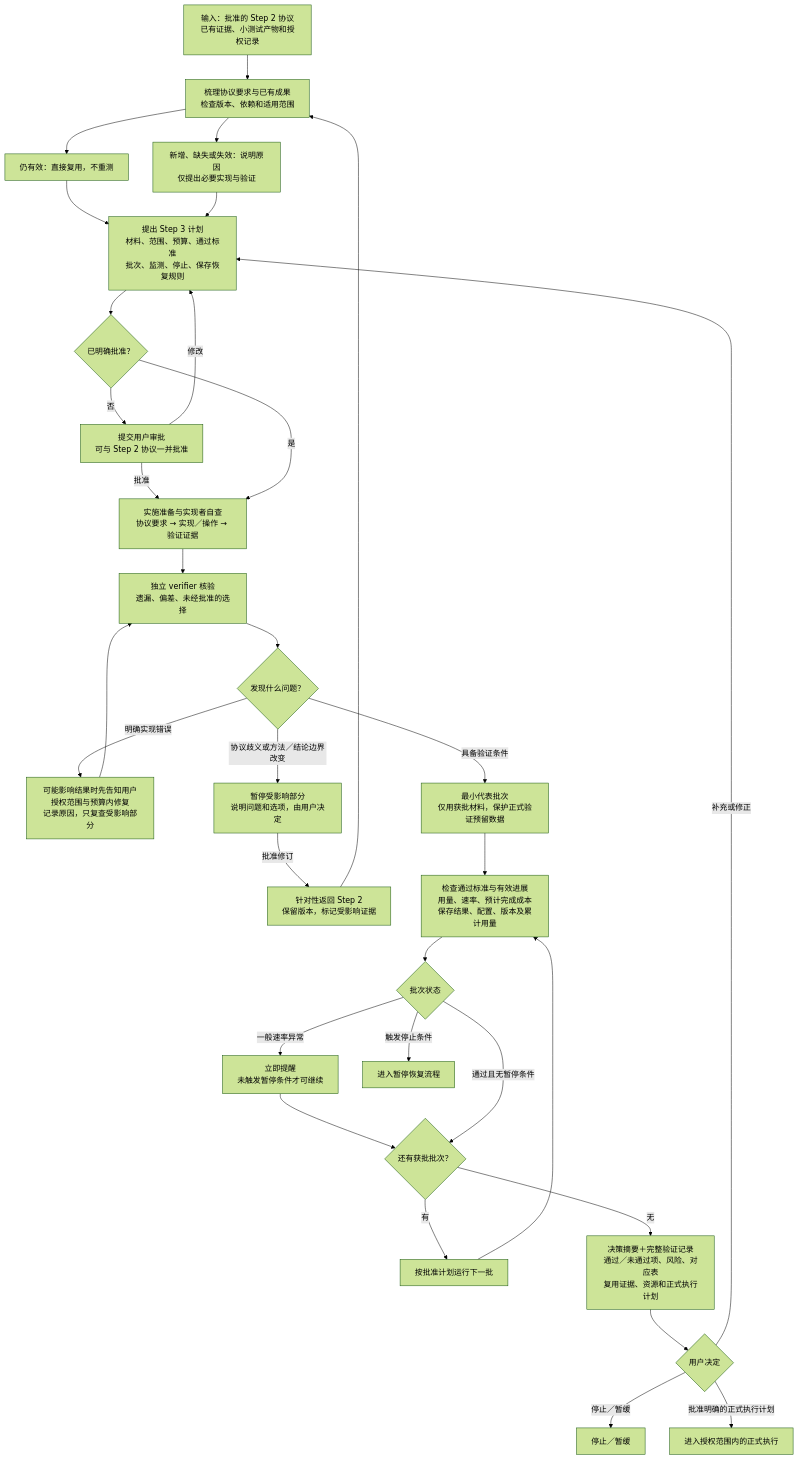
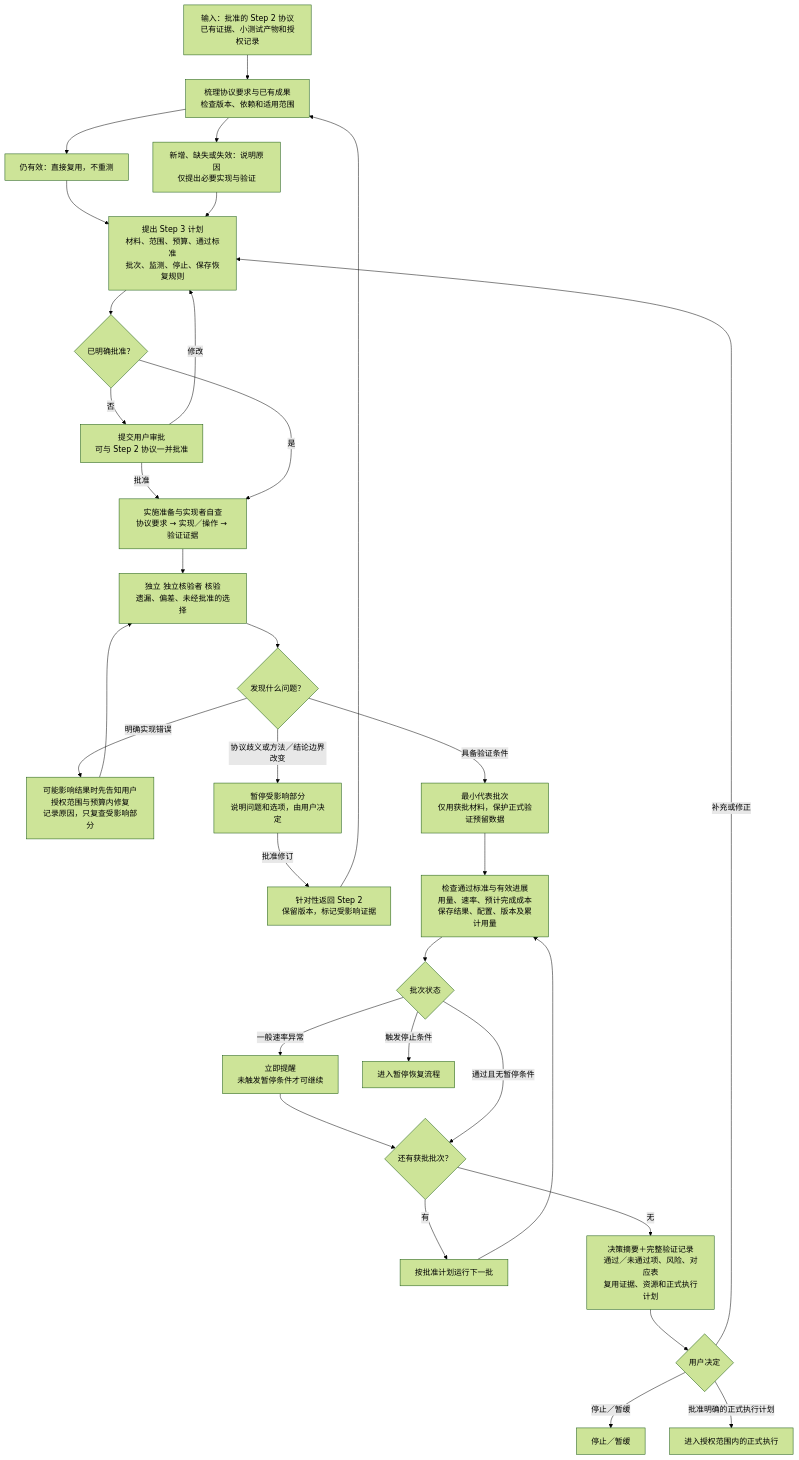
The first of 2 diagrams in docs/step-3.md (reinafeng2006/research-workflow), drawn with Mermaid (forest theme) before and after one commit. The commit also changed other lines of this file and 45 other files, not shown here.

````diff
--- a/docs/step-3.md
+++ b/docs/step-3.md
@@ -19,34 +19,34 @@
 ```mermaid
 flowchart TD
     IN["输入：批准的 Step 2 协议<br/>已有证据、小测试产物和授权记录"] --> MAP
     MAP["梳理协议要求与已有成果<br/>检查版本、依赖和适用范围"] --> REUSE["仍有效：直接复用，不重测"]
     MAP --> GAP["新增、缺失或失效：说明原因<br/>仅提出必要实现与验证"]
     REUSE --> PLAN
     GAP --> PLAN
     PLAN["提出 Step 3 计划<br/>材料、范围、预算、通过标准<br/>批次、监测、停止、保存恢复规则"] --> AUTH{"已明确批准？"}
     AUTH -->|否| HUMAN["提交用户审批<br/>可与 Step 2 协议一并批准"]
     HUMAN -->|修改| PLAN
     HUMAN -->|批准| BUILD
     AUTH -->|是| BUILD
-    BUILD["实施准备与实现者自查<br/>协议要求 → 实现／操作 → 验证证据"] --> VERIFY["独立 verifier 核验<br/>遗漏、偏差、未经批准的选择"]
+    BUILD["实施准备与实现者自查<br/>协议要求 → 实现／操作 → 验证证据"] --> VERIFY["独立 独立核验者 核验<br/>遗漏、偏差、未经批准的选择"]
     VERIFY --> ISSUE{"发现什么问题？"}
     ISSUE -->|明确实现错误| FIX["可能影响结果时先告知用户<br/>授权范围与预算内修复<br/>记录原因，只复查受影响部分"]
     FIX --> VERIFY
     ISSUE -->|协议歧义或方法／结论边界改变| UP["暂停受影响部分<br/>说明问题和选项，由用户决定"]
     UP -->|批准修订| S2["针对性返回 Step 2<br/>保留版本，标记受影响证据"]
     S2 --> MAP
     ISSUE -->|具备验证条件| FIRST["最小代表批次<br/>仅用获批材料，保护正式验证预留数据"]
     FIRST --> CHECK["检查通过标准与有效进展<br/>用量、速率、预计完成成本<br/>保存结果、配置、版本及累计用量"]
     CHECK --> STATE{"批次状态"}
     STATE -->|一般速率异常| WARN["立即提醒<br/>未触发暂停条件才可继续"]
     WARN --> NEXT
     STATE -->|通过且无暂停条件| NEXT{"还有获批批次？"}
     NEXT -->|有| RUN["按批准计划运行下一批"]
     RUN --> CHECK
     NEXT -->|无| FINAL
     STATE -->|触发停止条件| PAUSE["进入暂停恢复流程"]
     FINAL["决策摘要＋完整验证记录<br/>通过／未通过项、风险、对应表<br/>复用证据、资源和正式执行计划"] --> DECIDE{"用户决定"}
     DECIDE -->|补充或修正| PLAN
     DECIDE -->|停止／暂缓| STOP["停止／暂缓"]
     DECIDE -->|批准明确的正式执行计划| EXEC["进入授权范围内的正式执行"]
 ```
````
